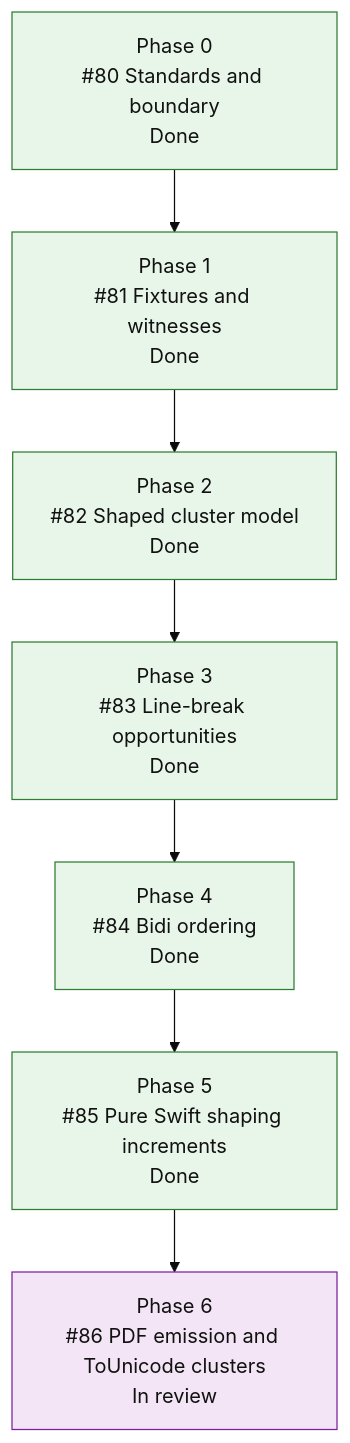
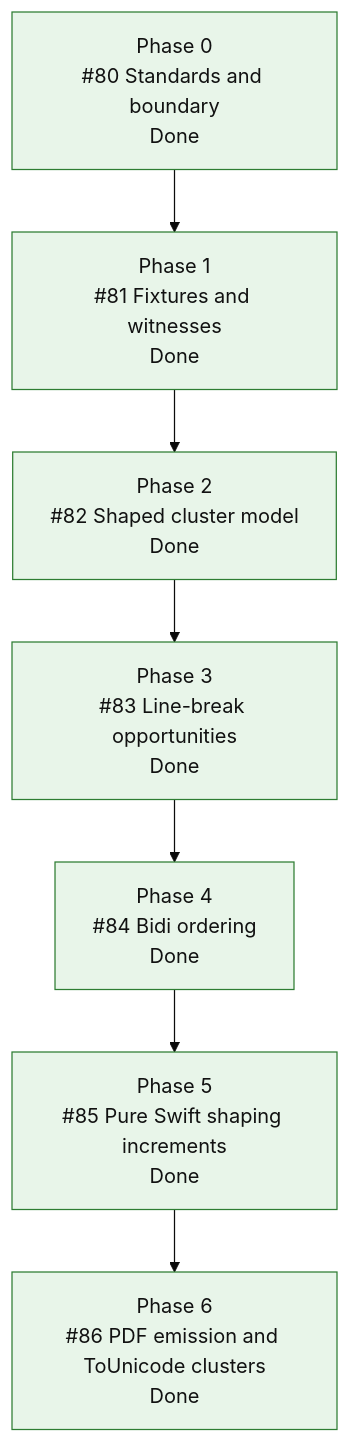
The fourth of 4 diagrams in README.md (mihaelamj/MarkdownPDF), drawn with Mermaid (base theme) before and after one commit. The commit also changed 1 other file, not shown here.

Commit message:
docs(roadmap): complete complex script epic

````diff
--- a/README.md
+++ b/README.md
@@ -301,20 +301,19 @@
 ```mermaid
 flowchart TD
     S0["Phase 0<br/>#80 Standards and boundary<br/>Done"]
     S1["Phase 1<br/>#81 Fixtures and witnesses<br/>Done"]
     S2["Phase 2<br/>#82 Shaped cluster model<br/>Done"]
     S3["Phase 3<br/>#83 Line-break opportunities<br/>Done"]
     S4["Phase 4<br/>#84 Bidi ordering<br/>Done"]
     S5["Phase 5<br/>#85 Pure Swift shaping increments<br/>Done"]
-    S6["Phase 6<br/>#86 PDF emission and ToUnicode clusters<br/>In review"]
+    S6["Phase 6<br/>#86 PDF emission and ToUnicode clusters<br/>Done"]
 
     S0 --> S1 --> S2 --> S3 --> S4 --> S5 --> S6
 
     classDef done fill:#e8f5e9,stroke:#2e7d32,color:#111;
     classDef active fill:#e3f2fd,stroke:#1565c0,color:#111;
     classDef review fill:#f3e5f5,stroke:#7b1fa2,color:#111;
     classDef next fill:#fff8e1,stroke:#f9a825,color:#111;
     classDef todo fill:#eef3ff,stroke:#3367d6,color:#111;
-    class S0,S1,S2,S3,S4,S5 done;
-    class S6 review;
+    class S0,S1,S2,S3,S4,S5,S6 done;
 ```
````
